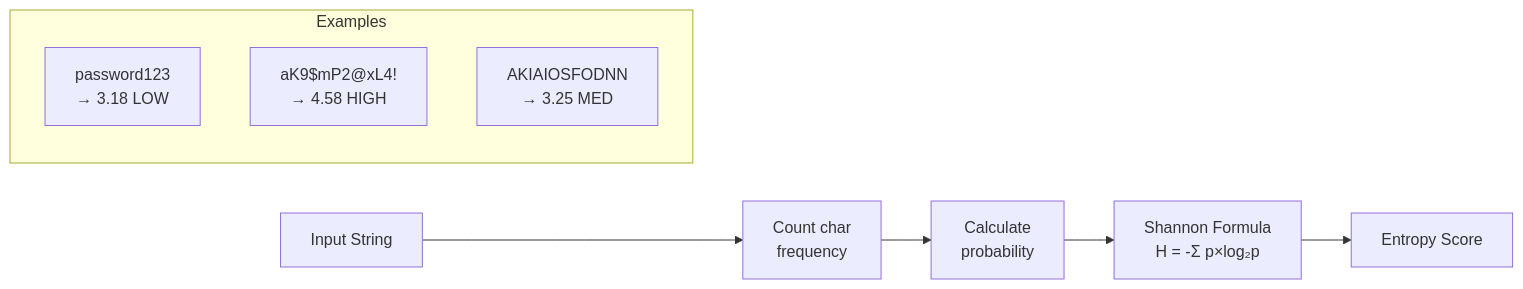
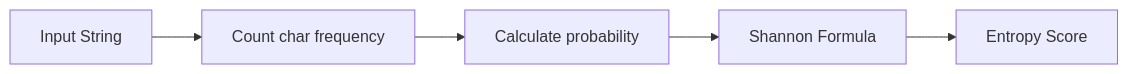
One commit to alamshoaib134/git-secret-scanner changed the ninth of 18 diagrams in architecture/LLD.md. Above: the diagram before and after it, drawn with Mermaid. The commit also changed other lines of this file and 1 other file, not shown here.

First line of the commit message:
Fix Mermaid syntax errors in architecture diagrams

````diff
--- a/architecture/LLD.md
+++ b/architecture/LLD.md
@@ -296,13 +285,7 @@
 ```mermaid
 flowchart LR
-    INPUT[Input String] --> COUNT[Count char<br/>frequency]
-    COUNT --> PROB[Calculate<br/>probability]
-    PROB --> SHANNON[Shannon Formula<br/>H = -Σ p×log₂p]
-    SHANNON --> OUTPUT[Entropy Score]
-    
-    subgraph Examples
-        E1["password123<br/>→ 3.18 LOW"]
-        E2["aK9$mP2@xL4!<br/>→ 4.58 HIGH"]
-        E3["AKIAIOSFODNN<br/>→ 3.25 MED"]
-    end
+    INPUT["Input String"] --> COUNT["Count char frequency"]
+    COUNT --> PROB["Calculate probability"]
+    PROB --> SHANNON["Shannon Formula"]
+    SHANNON --> OUTPUT["Entropy Score"]
 ```
````
